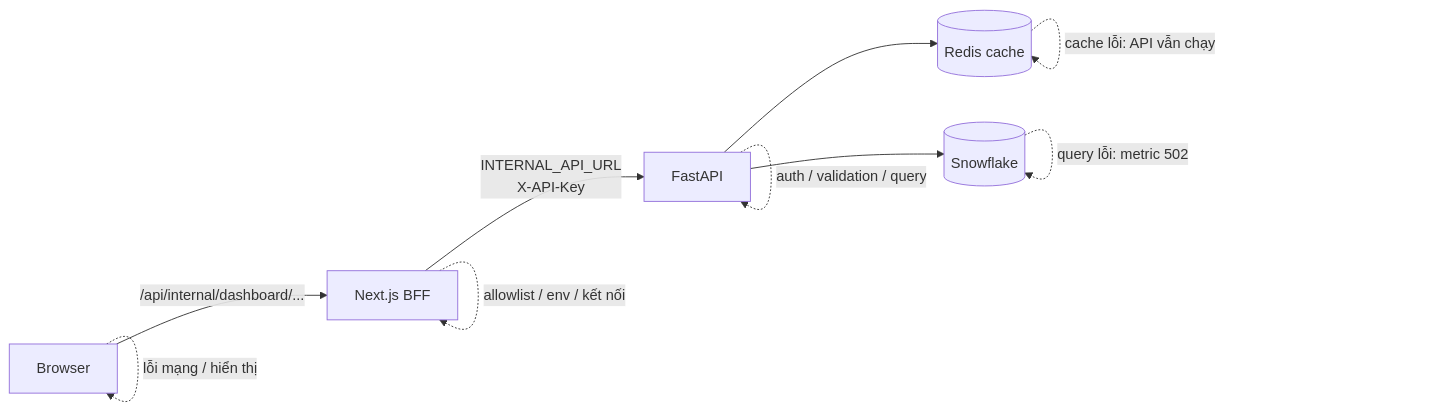
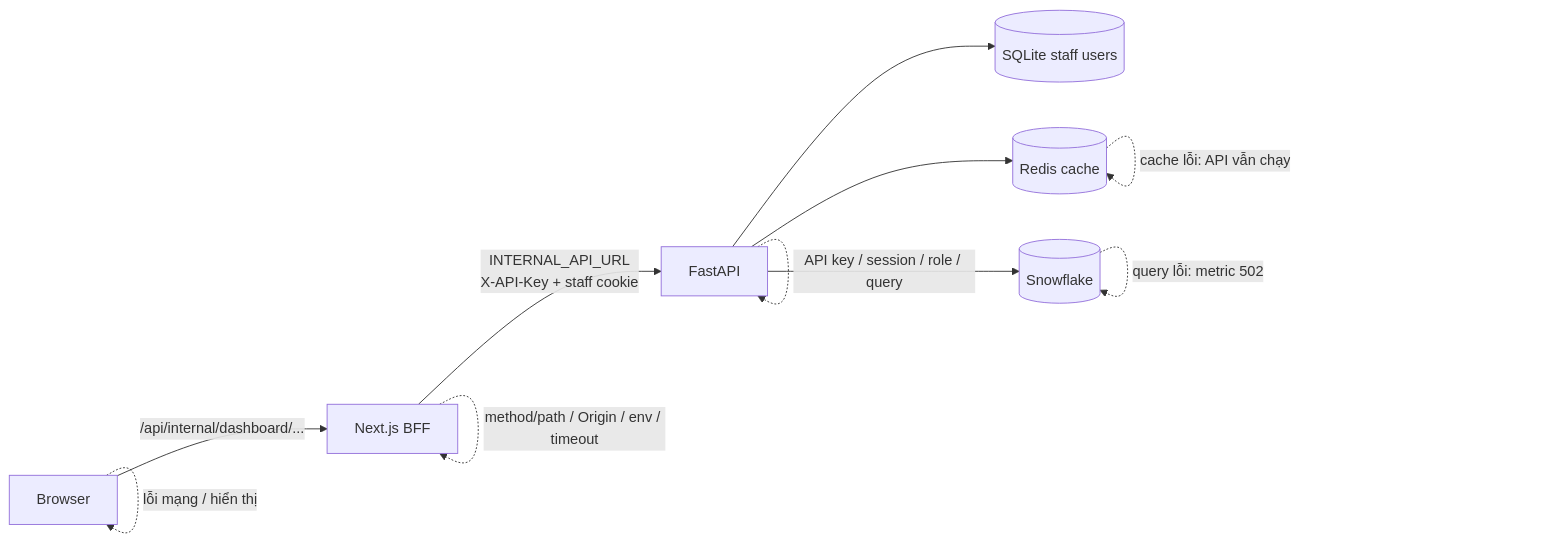
Before and after one commit to vothanhphu9x-pixel/superstore_ecommerce: the first of 4 diagrams in docs/frontend/error_tracing.md, drawn with Mermaid. The commit also changed other lines of this file and 64 other files, not shown here.

````diff
--- a/docs/frontend/error_tracing.md
+++ b/docs/frontend/error_tracing.md
@@ -5,13 +5,14 @@
 ```mermaid
 flowchart LR
     C[Browser] -->|/api/internal/dashboard/...| N[Next.js BFF]
-    N -->|INTERNAL_API_URL<br/>X-API-Key| F[FastAPI]
+    N -->|INTERNAL_API_URL<br/>X-API-Key + staff cookie| F[FastAPI]
+    F --> U[(SQLite staff users)]
     F --> R[(Redis cache)]
     F --> S[(Snowflake)]
 
     C -. lỗi mạng / hiển thị .-> C
-    N -. allowlist / env / kết nối .-> N
-    F -. auth / validation / query .-> F
+    N -. method/path / Origin / env / timeout .-> N
+    F -. API key / session / role / query .-> F
     R -. cache lỗi: API vẫn chạy .-> R
     S -. query lỗi: metric 502 .-> S
 ```
````
